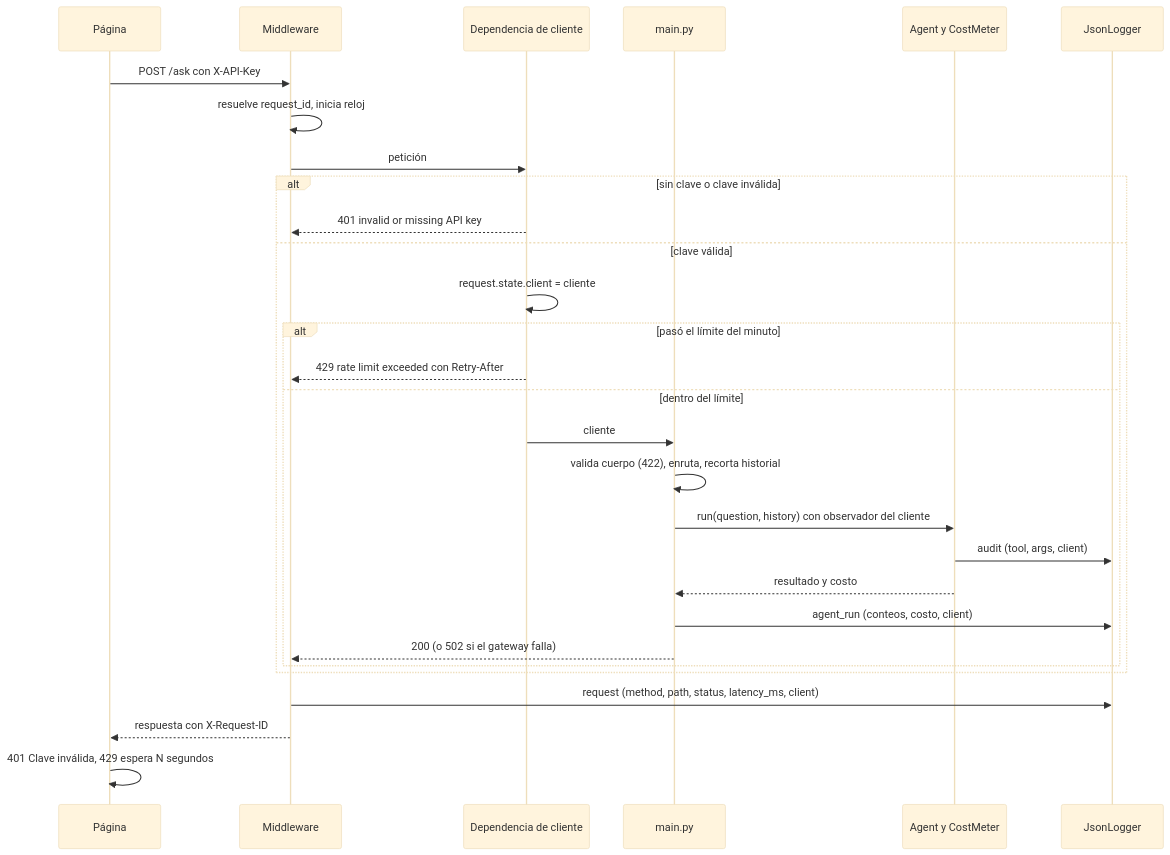
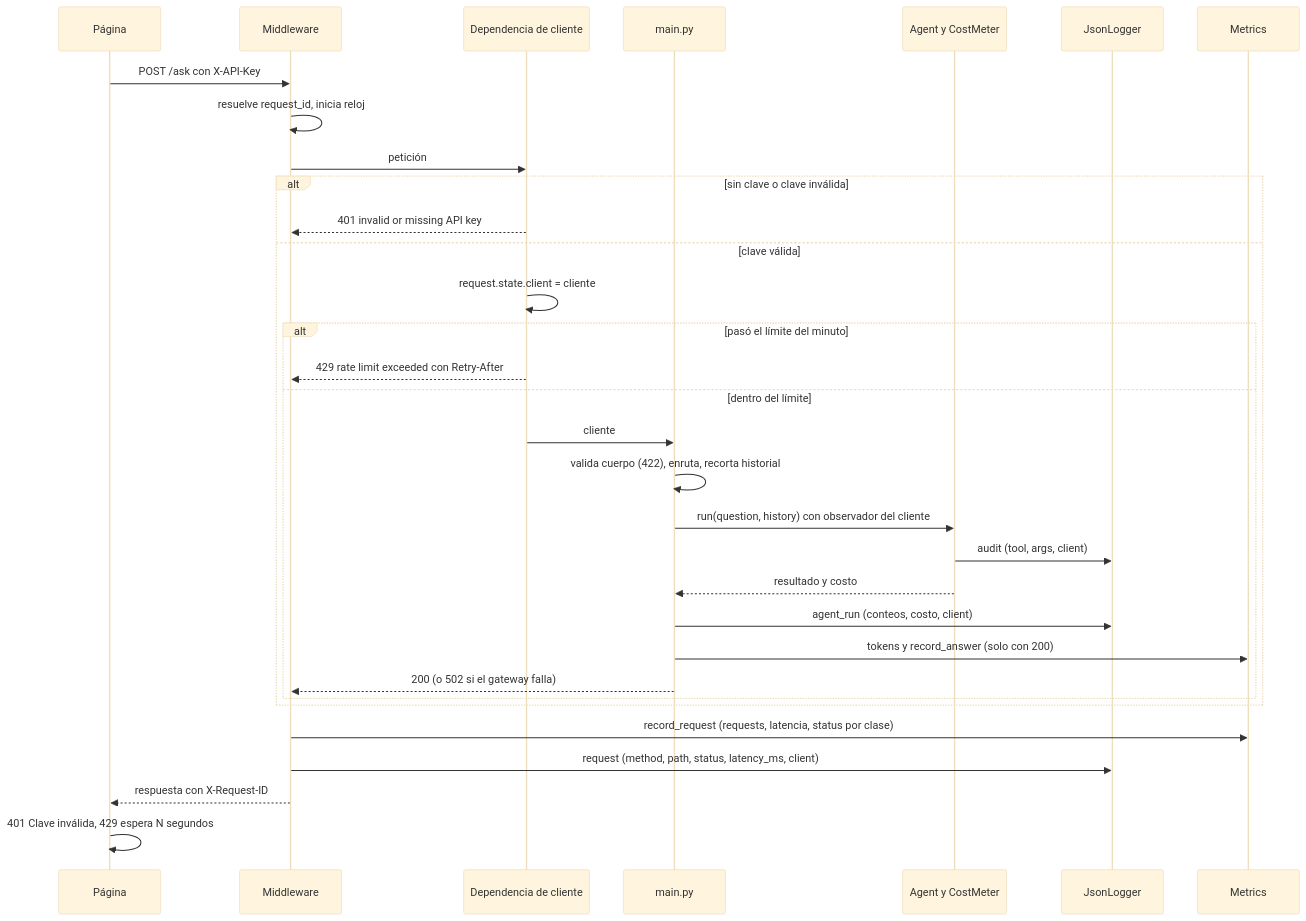
Before and after one commit to EAPH96/Fabric-AI-M4: the second of 6 diagrams in doc/architecture.md, drawn with Mermaid (base theme). The commit also changed other lines of this file and 18 other files, not shown here.

Commit message:
spec/07-reto-observabilidad.md: métricas de negocio (by_model, cached_calls, stopped, tools, status) en /metrics de los dos productos

````diff
--- a/doc/architecture.md
+++ b/doc/architecture.md
@@ -50,31 +54,34 @@
 ```mermaid
 sequenceDiagram
     participant WEB as Página
     participant MW as Middleware
     participant DEP as Dependencia de cliente
     participant API as main.py
     participant AG as Agent y CostMeter
     participant LOG as JsonLogger
+    participant MET as Metrics
     WEB->>MW: POST /ask con X-API-Key
     MW->>MW: resuelve request_id, inicia reloj
     MW->>DEP: petición
     alt sin clave o clave inválida
         DEP-->>MW: 401 invalid or missing API key
     else clave válida
         DEP->>DEP: request.state.client = cliente
         alt pasó el límite del minuto
             DEP-->>MW: 429 rate limit exceeded con Retry-After
         else dentro del límite
             DEP->>API: cliente
             API->>API: valida cuerpo (422), enruta, recorta historial
             API->>AG: run(question, history) con observador del cliente
             AG->>LOG: audit (tool, args, client)
             AG-->>API: resultado y costo
             API->>LOG: agent_run (conteos, costo, client)
+            API->>MET: tokens y record_answer (solo con 200)
             API-->>MW: 200 (o 502 si el gateway falla)
         end
     end
+    MW->>MET: record_request (requests, latencia, status por clase)
     MW->>LOG: request (method, path, status, latency_ms, client)
     MW-->>WEB: respuesta con X-Request-ID
     WEB->>WEB: 401 Clave inválida, 429 espera N segundos
 ```
````
